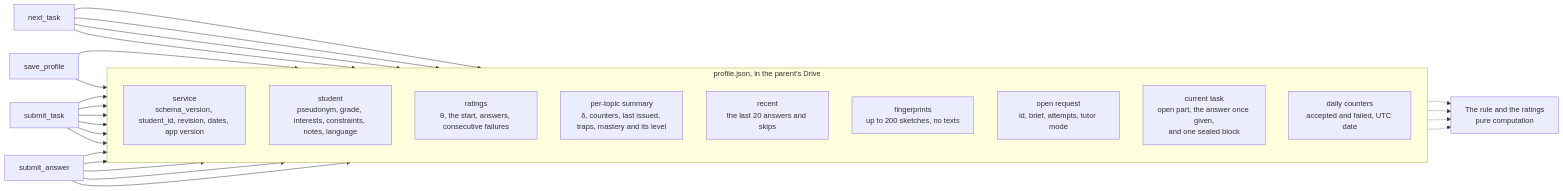
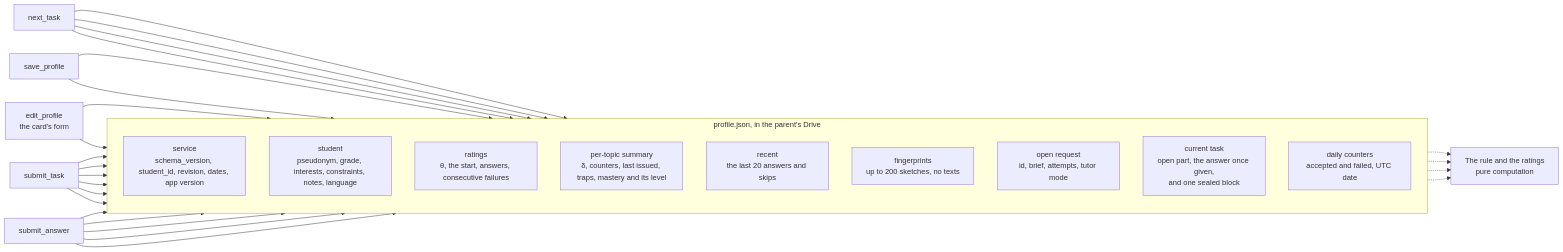
The diagram in docs/architecture/04-profile.md (MathTrail/mathtrail-standalone), drawn with Mermaid before and after one commit. The commit also changed 100 other files, not shown here.

Commit message:
Profile: made in the chat, changed on a form in the card; release line 0.2; README pictures from the widget (T62.7) (#77)

````diff
--- a/docs/architecture/04-profile.md
+++ b/docs/architecture/04-profile.md
@@ -13,41 +13,42 @@
 ```mermaid
 flowchart LR
     nt["next_task"]
     st["submit_task"]
     sa["submit_answer"]
     sp["save_profile"]
+    ep["edit_profile<br/>the card's form"]
     rule["The rule and the ratings<br/>pure computation"]
 
     subgraph file["profile.json, in the parent's Drive"]
         direction TB
         svc["service<br/>schema_version, student_id, revision, dates, app version"]
         kid["student<br/>pseudonym, grade, interests, constraints, notes, language"]
         rat["ratings<br/>θ, the start, answers, consecutive failures"]
         top["per-topic summary<br/>δ, counters, last issued, traps, mastery and its level"]
         rec["recent<br/>the last 20 answers and skips"]
         fpr["fingerprints<br/>up to 200 sketches, no texts"]
         req["open request<br/>id, brief, attempts, tutor mode"]
         cur["current task<br/>open part, the answer once given,<br/>and one sealed block"]
         day["daily counters<br/>accepted and failed, UTC date"]
     end
 
-    sp --> kid
+    sp & ep --> kid
     nt --> req
     nt --> rec
     nt --> top
     st --> cur
     st --> fpr
     st --> day
     st --> req
     st --> top
     sa --> rat
     sa --> top
     sa --> rec
     sa --> cur
-    sp & nt & st & sa --> svc
+    sp & ep & nt & st & sa --> svc
 
     kid -.-> rule
     rat -.-> rule
     top -.-> rule
     rec -.-> rule
 ```
````
